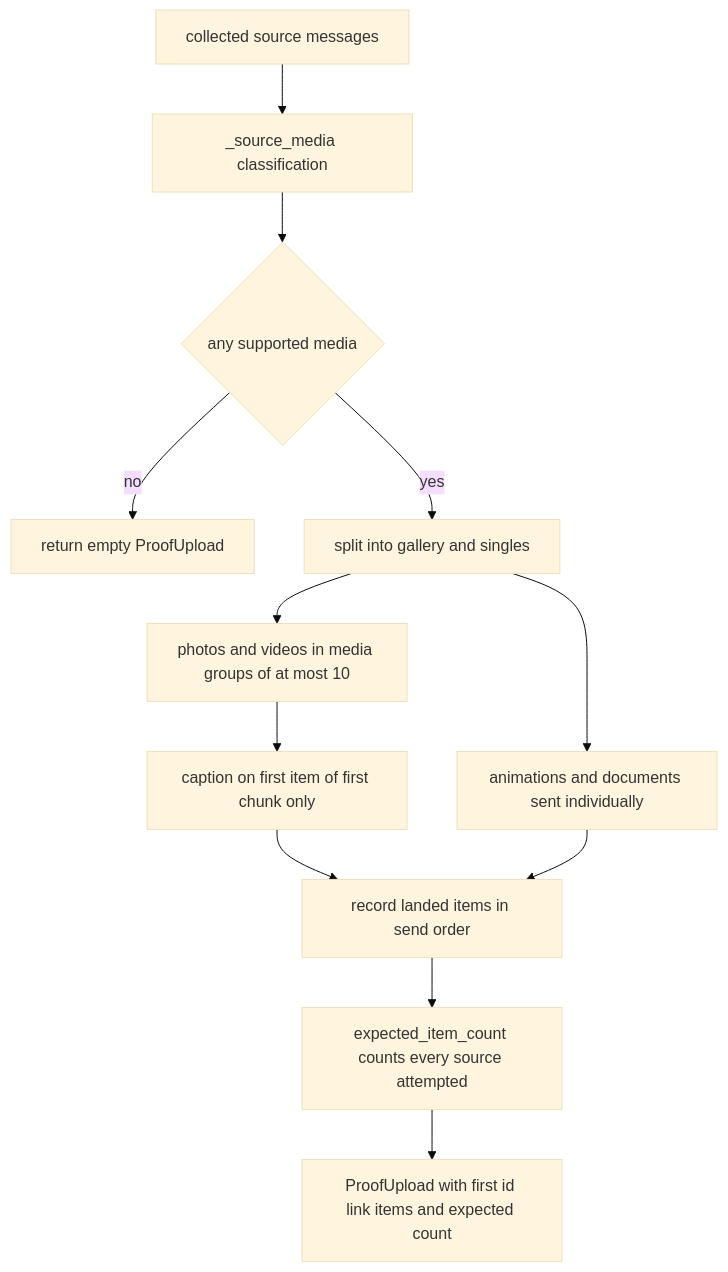
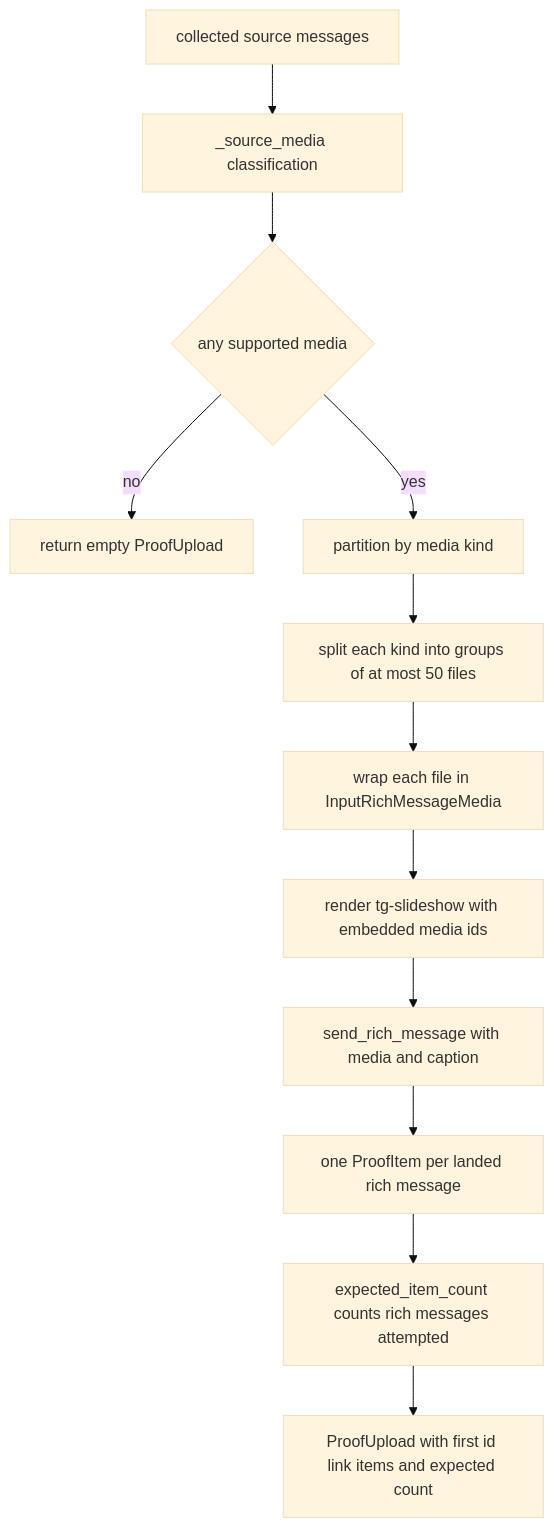
Before and after one commit to D1ZZY4/tcbot: the third of 4 diagrams in docs/flows/proof.md, drawn with Mermaid (base theme). The commit also changed other lines of this file and 9 other files, not shown here.

First line of the commit message:
fix(proof): upload evidence as rich slideshows

````diff
--- a/docs/flows/proof.md
+++ b/docs/flows/proof.md
@@ -93,14 +93,14 @@
 ```mermaid
 flowchart TD
     MSG[collected source messages] --> CLASS[_source_media classification]
     CLASS --> NONE{any supported media}
     NONE -->|no| EMPTY[return empty ProofUpload]
-    NONE -->|yes| SPLIT[split into gallery and singles]
-    SPLIT --> GAL[photos and videos in media groups of at most 10]
-    SPLIT --> SING[animations and documents sent individually]
-    GAL --> CAP[caption on first item of first chunk only]
-    CAP --> LAND[record landed items in send order]
-    SING --> LAND
-    LAND --> COUNT[expected_item_count counts every source attempted]
+    NONE -->|yes| KIND[partition by media kind]
+    KIND --> CHUNK[split each kind into groups of at most 50 files]
+    CHUNK --> MEDIA[wrap each file in InputRichMessageMedia]
+    MEDIA --> HTML[render tg-slideshow with embedded media ids]
+    HTML --> SEND[send_rich_message with media and caption]
+    SEND --> LAND[one ProofItem per landed rich message]
+    LAND --> COUNT[expected_item_count counts rich messages attempted]
     COUNT --> UP[ProofUpload with first id link items and expected count]
 ```
````
